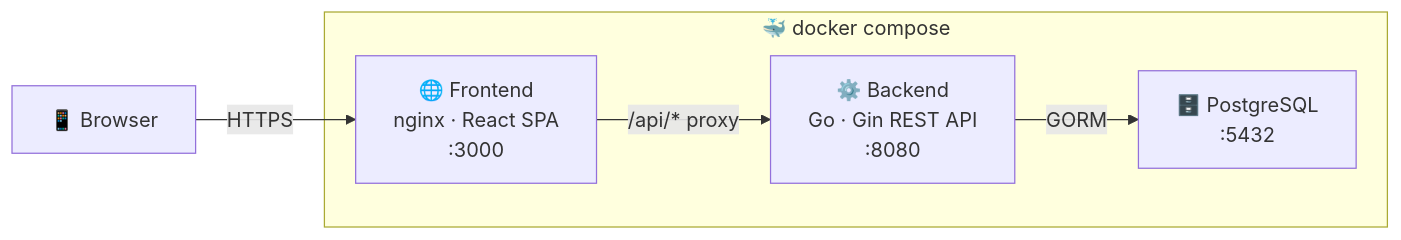
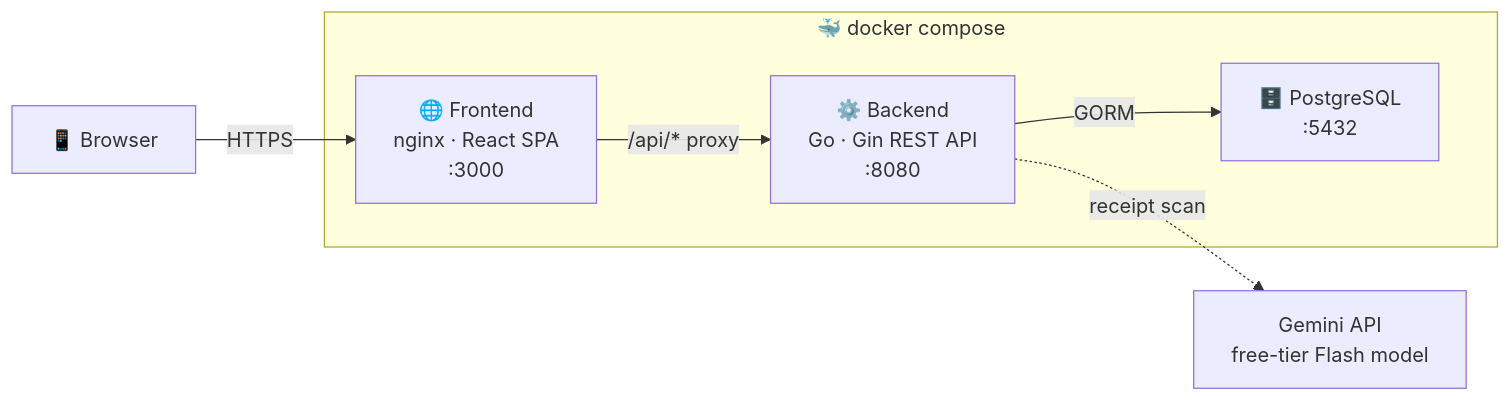
The first of 4 diagrams in README.md (SanakulovDev/sumly), drawn with Mermaid before and after one commit. The commit also changed other lines of this file and 9 other files, not shown here.

````diff
--- a/README.md
+++ b/README.md
@@ -56,12 +59,13 @@
 ```mermaid
 flowchart LR
     U["📱 Browser"] -->|"HTTPS"| F["🌐 Frontend<br/>nginx · React SPA<br/>:3000"]
     F -->|"/api/* proxy"| B["⚙️ Backend<br/>Go · Gin REST API<br/>:8080"]
     B -->|"GORM"| D["🗄️ PostgreSQL<br/>:5432"]
+    B -.->|"receipt scan"| G["Gemini API<br/>free-tier Flash model"]
 
     subgraph Docker["🐳 docker compose"]
         F
         B
         D
     end
 ```
````
